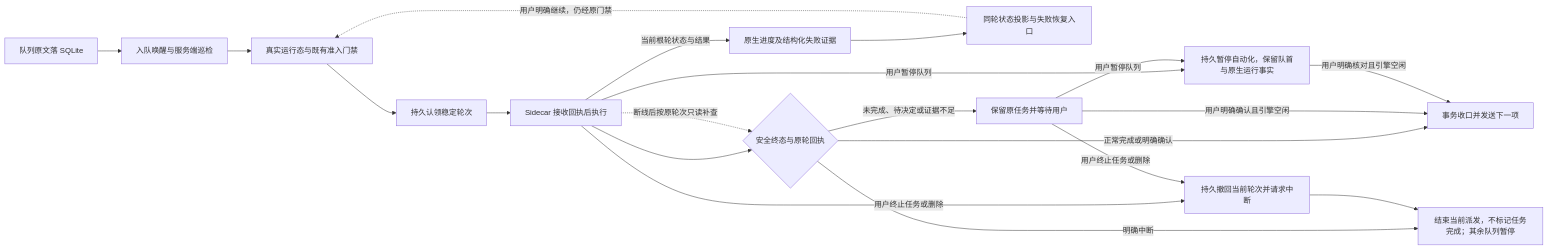
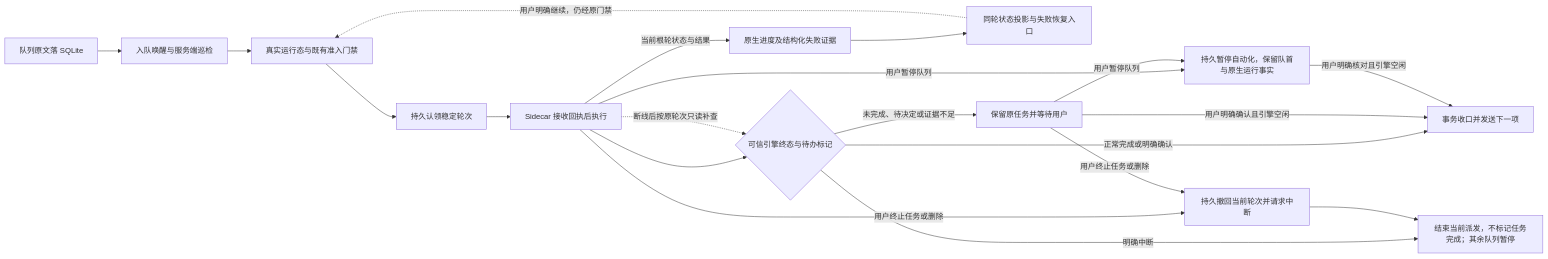
Before and after one commit to exception-coder/kai-toolbox: diagram 44 of 57 in docs/ai-coding-architecture.md, drawn with Mermaid. The commit also changed other lines of this file and 5 other files, not shown here.

````diff
--- a/docs/ai-coding-architecture.md
+++ b/docs/ai-coding-architecture.md
@@ -1107,22 +1107,22 @@
 ```mermaid
 flowchart LR
     SAVE[队列原文落 SQLite] --> WAKE[入队唤醒与服务端巡检]
     WAKE --> GATE[真实运行态与既有准入门禁]
     GATE --> CLAIM[持久认领稳定轮次]
     CLAIM --> RECEIPT[Sidecar 接收回执后执行]
-    RECEIPT --> DONE{安全终态与原轮回执}
+    RECEIPT --> DONE{可信引擎终态与待办标记}
     RECEIPT -->|当前根轮状态与结果| OBS[原生进度及结构化失败证据]
     OBS --> UI[同轮状态投影与失败恢复入口]
     UI -.->|用户明确继续，仍经原门禁| GATE
     DONE -->|正常完成或明确确认| NEXT[事务收口并发送下一项]
     DONE -->|明确中断| CANCEL[结束当前派发，不标记任务完成；其余队列暂停]
     DONE -->|未完成、待决定或证据不足| HOLD[保留原任务并等待用户]
     RECEIPT -.->|断线后按原轮次只读补查| DONE
     HOLD -->|用户明确确认且引擎空闲| NEXT
     RECEIPT -->|用户终止任务或删除| USER_CANCEL[持久撤回当前轮次并请求中断]
     HOLD -->|用户终止任务或删除| USER_CANCEL
     USER_CANCEL --> CANCEL
     RECEIPT -->|用户暂停队列| USER_PAUSE[持久暂停自动化，保留队首与原生运行事实]
     HOLD -->|用户暂停队列| USER_PAUSE
     USER_PAUSE -->|用户明确核对且引擎空闲| NEXT
 ```
````
